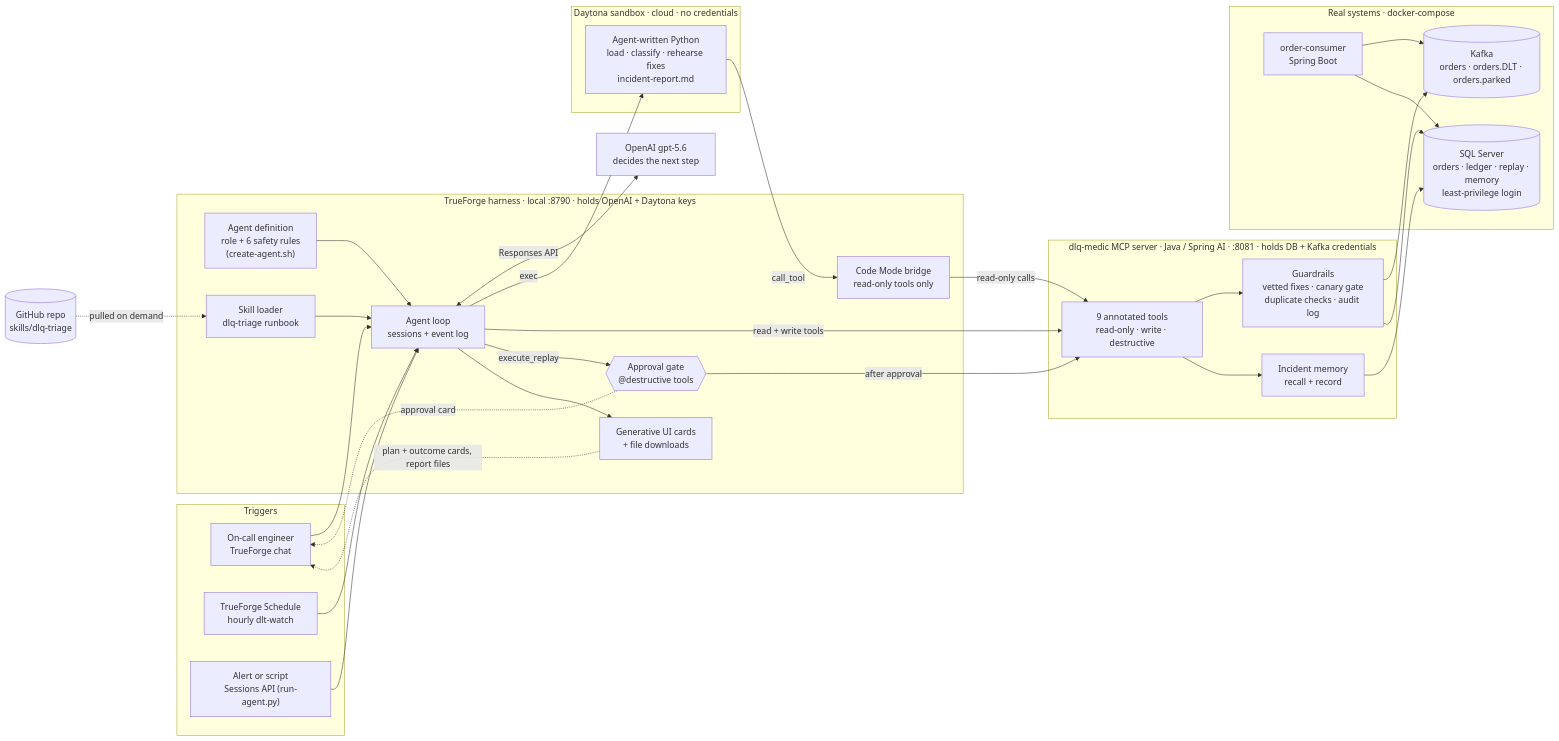
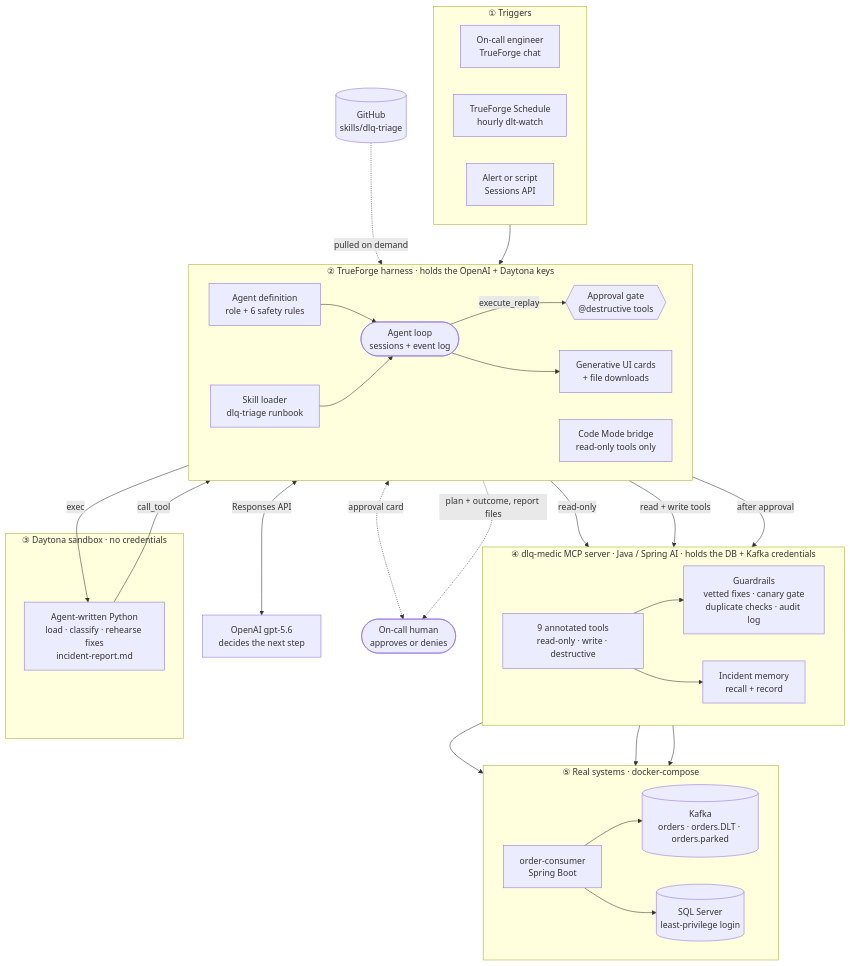
The first of 2 diagrams in README.md (akash-yadagouda/dlq-medic), drawn with Mermaid before and after one commit. The commit also changed other lines of this file, not shown here.

Commit message:
README: lay the harness diagram out top to bottom
Layers read in order (triggers, TrueForge, model / human / sandbox /
MCP server, real systems), the approving human has their own node, and
the pause markers use plain text so they render in every font.

````diff
--- a/README.md
+++ b/README.md
@@ -47,60 +47,63 @@
 ```mermaid
-flowchart LR
-    subgraph TRIG["Triggers"]
+flowchart TB
+    subgraph TRIG["① Triggers"]
+        direction LR
         H["On-call engineer<br/>TrueForge chat"]
         S["TrueForge Schedule<br/>hourly dlt-watch"]
-        A["Alert or script<br/>Sessions API (run-agent.py)"]
+        A["Alert or script<br/>Sessions API"]
     end
 
-    subgraph TF["TrueForge harness · local :8790 · holds OpenAI + Daytona keys"]
-        DEF["Agent definition<br/>role + 6 safety rules<br/>(create-agent.sh)"]
-        LOOP["Agent loop<br/>sessions + event log"]
+    subgraph TF["② TrueForge harness · holds the OpenAI + Daytona keys"]
+        direction LR
+        DEF["Agent definition<br/>role + 6 safety rules"]
         SKILL["Skill loader<br/>dlq-triage runbook"]
+        LOOP(["Agent loop<br/>sessions + event log"])
         GATE{{"Approval gate<br/>@destructive tools"}}
+        UI["Generative UI cards<br/>+ file downloads"]
         BRIDGE["Code Mode bridge<br/>read-only tools only"]
-        UI["Generative UI cards<br/>+ file downloads"]
     end
 
+    GH[("GitHub<br/>skills/dlq-triage")]
     LLM["OpenAI gpt-5.6<br/>decides the next step"]
-    GH[("GitHub repo<br/>skills/dlq-triage")]
+    HA(["On-call human<br/>approves or denies"])
 
-    subgraph DAY["Daytona sandbox · cloud · no credentials"]
+    subgraph DAY["③ Daytona sandbox · no credentials"]
         PY["Agent-written Python<br/>load · classify · rehearse fixes<br/>incident-report.md"]
     end
 
-    subgraph MCP["dlq-medic MCP server · Java / Spring AI · :8081 · holds DB + Kafka credentials"]
+    subgraph MCP["④ dlq-medic MCP server · Java / Spring AI · holds the DB + Kafka credentials"]
+        direction LR
         TOOLS["9 annotated tools<br/>read-only · write · destructive"]
         GUARD["Guardrails<br/>vetted fixes · canary gate<br/>duplicate checks · audit log"]
         MEM["Incident memory<br/>recall + record"]
     end
 
-    subgraph SYS["Real systems · docker-compose"]
+    subgraph SYS["⑤ Real systems · docker-compose"]
+        direction LR
+        OC["order-consumer<br/>Spring Boot"]
         K[("Kafka<br/>orders · orders.DLT · orders.parked")]
-        DB[("SQL Server<br/>orders · ledger · replay · memory<br/>least-privilege login")]
-        OC["order-consumer<br/>Spring Boot"]
+        DB[("SQL Server<br/>least-privilege login")]
     end
 
-    H --> LOOP
-    S --> LOOP
-    A --> LOOP
+    TRIG --> LOOP
+    GH -.->|"pulled on demand"| SKILL
     DEF --> LOOP
-    GH -.->|"pulled on demand"| SKILL
     SKILL --> LOOP
     LOOP <-->|"Responses API"| LLM
+    LOOP -->|"execute_replay"| GATE
+    GATE <-.->|"approval card"| HA
+    UI -.->|"plan + outcome, report files"| HA
+    LOOP --> UI
     LOOP -->|"exec"| PY
     PY -->|"call_tool"| BRIDGE
-    BRIDGE -->|"read-only calls"| TOOLS
+    BRIDGE -->|"read-only"| TOOLS
     LOOP -->|"read + write tools"| TOOLS
-    LOOP -->|"execute_replay"| GATE
-    GATE -.->|"approval card"| H
     GATE -->|"after approval"| TOOLS
-    LOOP --> UI
-    UI -.->|"plan + outcome cards, report files"| H
     TOOLS --> GUARD
     TOOLS --> MEM
     GUARD --> K
     GUARD --> DB
     MEM --> DB
     OC --> K
     OC --> DB
 ```
````
